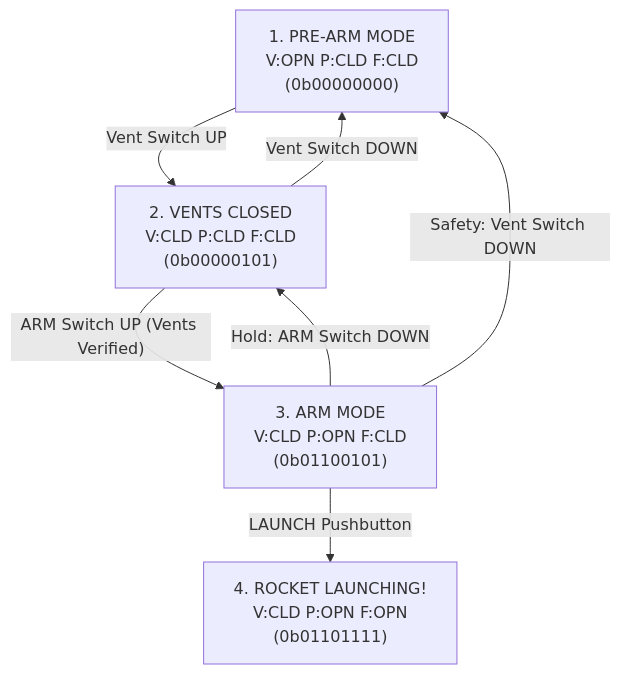
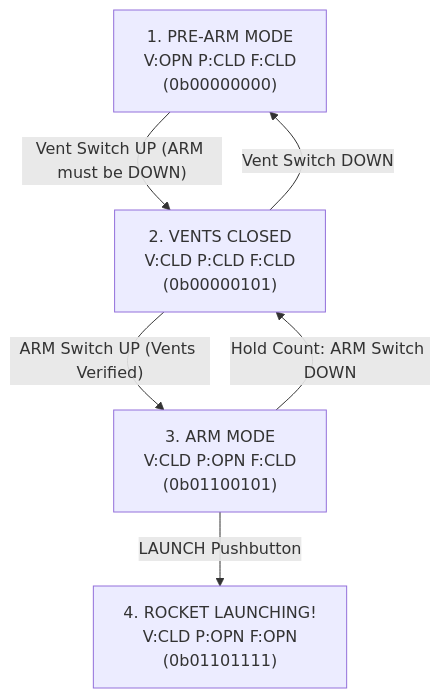
Before and after one commit to rocketproplab/phoenix-gs: the third of 4 diagrams in TESTING_PROCEDURES.md, drawn with Mermaid. The commit also changed other lines of this file and 4 other files, not shown here.

````diff
--- a/TESTING_PROCEDURES.md
+++ b/TESTING_PROCEDURES.md
@@ -154,14 +158,13 @@
 ```mermaid
 flowchart TD
     PreArm["1. PRE-ARM MODE\nV:OPN  P:CLD  F:CLD\n(0b00000000)"]
     VentsClosed["2. VENTS CLOSED\nV:CLD  P:CLD  F:CLD\n(0b00000101)"]
     Armed["3. ARM MODE\nV:CLD  P:OPN  F:CLD\n(0b01100101)"]
     Launch["4. ROCKET LAUNCHING!\nV:CLD  P:OPN  F:OPN\n(0b01101111)"]
 
-    PreArm -->|"Vent Switch UP"| VentsClosed
+    PreArm -->|"Vent Switch UP (ARM must be DOWN)"| VentsClosed
     VentsClosed -->|"Vent Switch DOWN"| PreArm
     VentsClosed -->|"ARM Switch UP (Vents Verified)"| Armed
-    Armed -->|"Hold: ARM Switch DOWN"| VentsClosed
-    Armed -->|"Safety: Vent Switch DOWN"| PreArm
+    Armed -->|"Hold Count: ARM Switch DOWN"| VentsClosed
     Armed -->|"LAUNCH Pushbutton"| Launch
 ```
````
